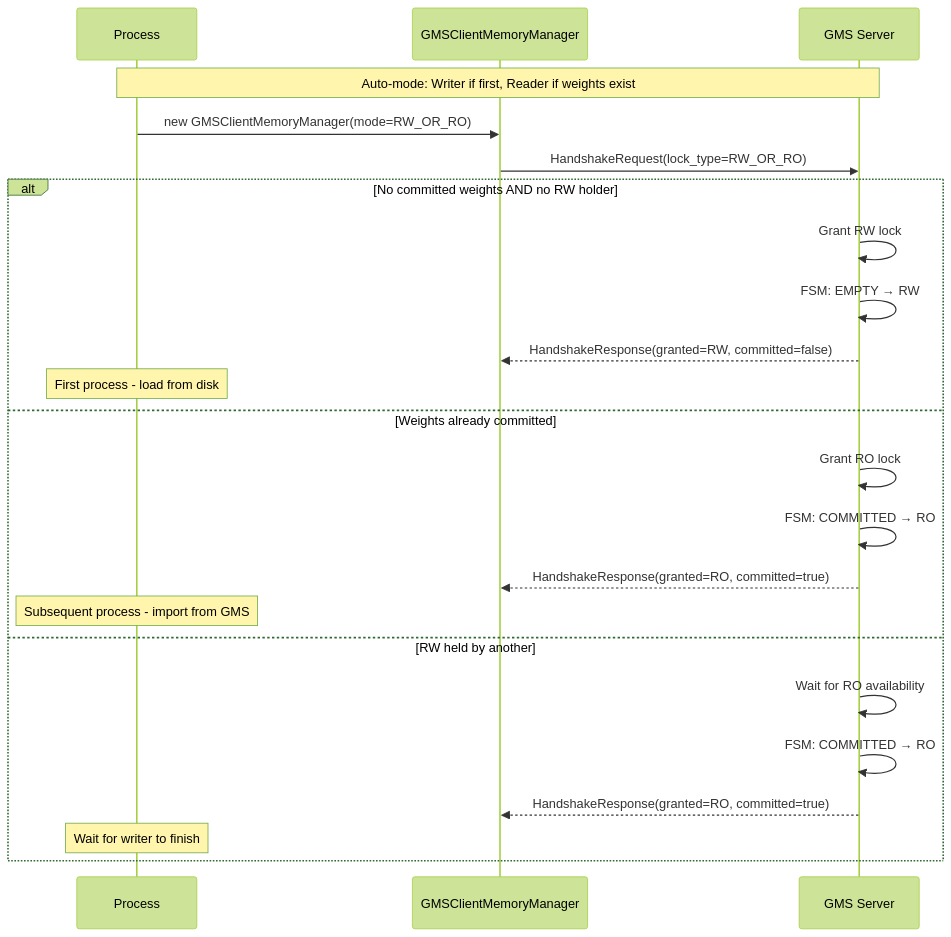
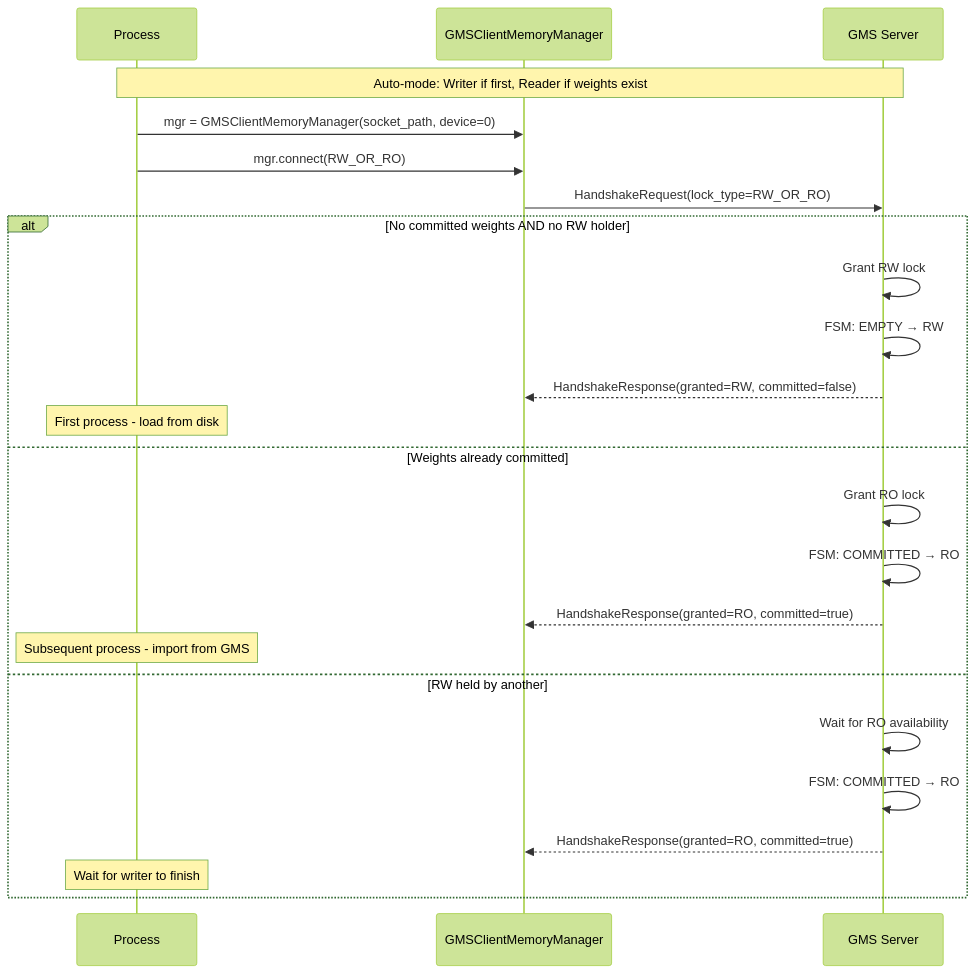
One commit to ai-dynamo/dynamo changed the sixth of 6 diagrams in lib/gpu_memory_service/README.md. Above: the diagram before and after it, drawn with Mermaid (forest theme). The commit also changed other lines of this file and 21 other files, not shown here.

First line of the commit message:
feat: refactor GMS client memory manager with tiered API

````diff
--- a/lib/gpu_memory_service/README.md
+++ b/lib/gpu_memory_service/README.md
@@ -290,28 +293,29 @@
 ```mermaid
 sequenceDiagram
     participant P as Process
     participant C as GMSClientMemoryManager
     participant S as GMS Server
 
     Note over P,S: Auto-mode: Writer if first, Reader if weights exist
 
-    P->>C: new GMSClientMemoryManager(mode=RW_OR_RO)
+    P->>C: mgr = GMSClientMemoryManager(socket_path, device=0)
+    P->>C: mgr.connect(RW_OR_RO)
     C->>S: HandshakeRequest(lock_type=RW_OR_RO)
 
     alt No committed weights AND no RW holder
         S->>S: Grant RW lock
         S->>S: FSM: EMPTY → RW
         S-->>C: HandshakeResponse(granted=RW, committed=false)
         Note over P: First process - load from disk
     else Weights already committed
         S->>S: Grant RO lock
         S->>S: FSM: COMMITTED → RO
         S-->>C: HandshakeResponse(granted=RO, committed=true)
         Note over P: Subsequent process - import from GMS
     else RW held by another
         S->>S: Wait for RO availability
         S->>S: FSM: COMMITTED → RO
         S-->>C: HandshakeResponse(granted=RO, committed=true)
         Note over P: Wait for writer to finish
     end
 ```
````
